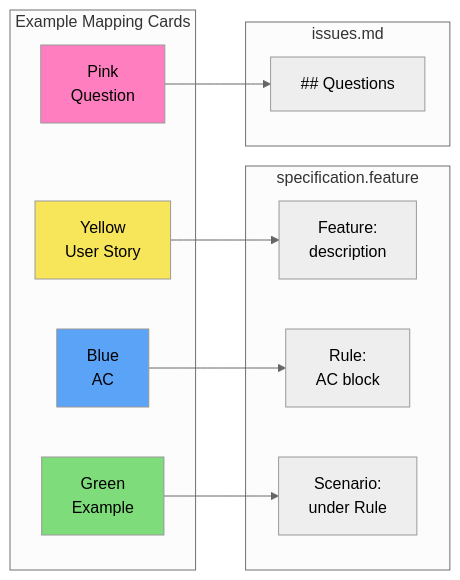
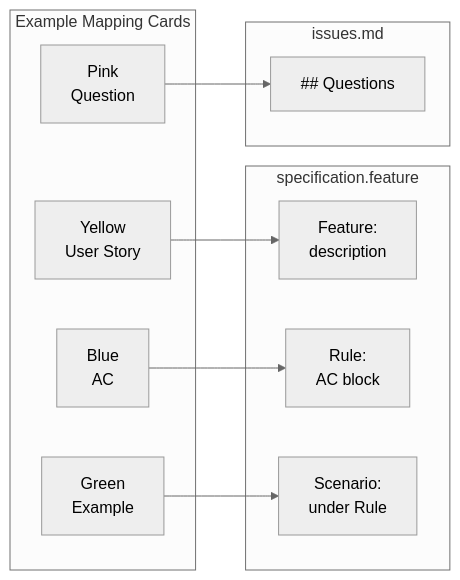
One commit to ready-to-release/eac changed the second of 2 diagrams in docs/explanation/specifications/example-mapping.md. Above: the diagram before and after it, drawn with Mermaid (neutral theme). The commit also changed other lines of this file and 28 other files, not shown here.

````diff
--- a/docs/explanation/specifications/example-mapping.md
+++ b/docs/explanation/specifications/example-mapping.md
@@ -122,29 +110,25 @@
 ```mermaid
 flowchart LR
     subgraph Workshop["Example Mapping Cards"]
         Story["Yellow<br/>User Story"]
         Rule["Blue<br/>AC"]
         Example["Green<br/>Example"]
         Question["Pink<br/>Question"]
     end
 
     subgraph Spec["specification.feature"]
         Feature["Feature:<br/>description"]
         RuleBlock["Rule:<br/>AC block"]
         Scenario["Scenario:<br/>under Rule"]
     end
 
     subgraph Issues["issues.md"]
         Issue["## Questions"]
     end
 
     Story --> Feature
     Rule --> RuleBlock
     Example --> Scenario
     Question --> Issue
 
-    style Story fill:#F7E55A,color:#000
-    style Rule fill:#5BA3F7,color:#000
-    style Example fill:#7EDC7A,color:#000
-    style Question fill:#FF7EBF,color:#000
 ```
````
